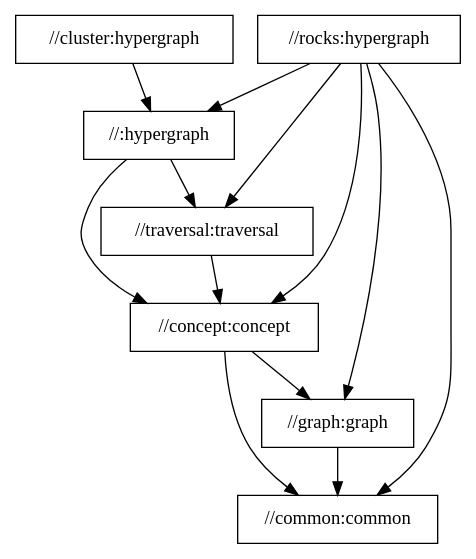
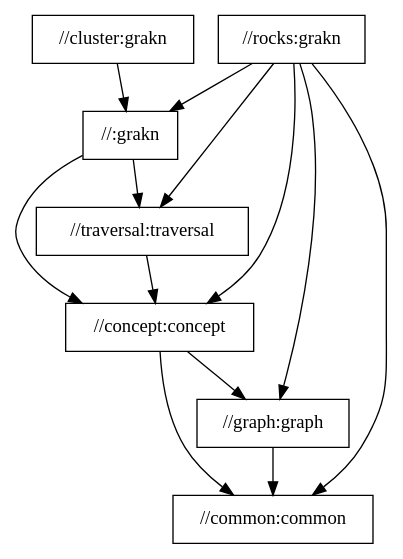
One commit to typedb/typedb changed the diagram in diagrams/package-structure.dot. Above: the diagram before and after it, drawn with Graphviz. The commit also changed 129 other files, not shown here.

Commit message:
Replaced the term 'Hypergraph' with 'Grakn'

```diff
--- a/diagrams/package-structure.dot
+++ b/diagrams/package-structure.dot
@@ -1,22 +1,22 @@
 digraph mygraph {
     node [shape = box];
-    "//cluster:hypergraph"
-    "//cluster:hypergraph" -> "//:hypergraph"
-    "//rocks:hypergraph"
-    "//rocks:hypergraph" -> "//:hypergraph"
-    "//rocks:hypergraph" -> "//common:common"
-    "//rocks:hypergraph" -> "//concept:concept"
-    "//rocks:hypergraph" -> "//graph:graph"
-    "//rocks:hypergraph" -> "//traversal:traversal"
-    "//:hypergraph"
-    "//:hypergraph" -> "//concept:concept"
-    "//:hypergraph" -> "//traversal:traversal"
+    "//cluster:grakn"
+    "//cluster:grakn" -> "//:grakn"
+    "//rocks:grakn"
+    "//rocks:grakn" -> "//:grakn"
+    "//rocks:grakn" -> "//common:common"
+    "//rocks:grakn" -> "//concept:concept"
+    "//rocks:grakn" -> "//graph:graph"
+    "//rocks:grakn" -> "//traversal:traversal"
+    "//:grakn"
+    "//:grakn" -> "//concept:concept"
+    "//:grakn" -> "//traversal:traversal"
     "//traversal:traversal"
     "//traversal:traversal" -> "//concept:concept"
     "//concept:concept"
     "//concept:concept" -> "//common:common"
     "//concept:concept" -> "//graph:graph"
     "//graph:graph"
     "//graph:graph" -> "//common:common"
     "//common:common"
 }
```
